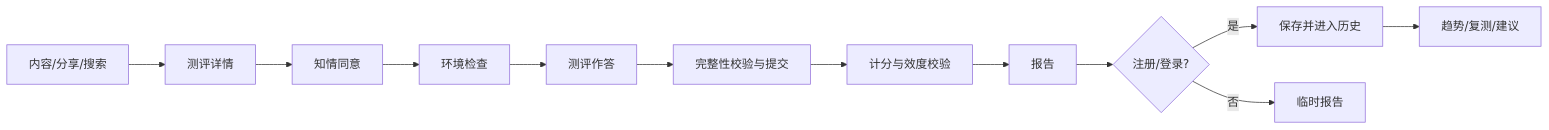
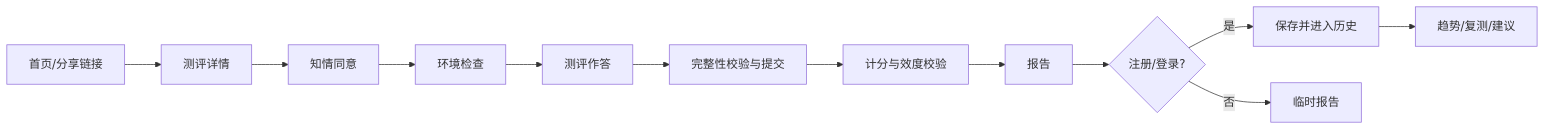
One commit to waibibabo666/MindMeter changed the diagram in docs/requirements/functional_spec.md. Above: the diagram before and after it, drawn with Mermaid. The commit also changed other lines of this file, not shown here.

````diff
--- a/docs/requirements/functional_spec.md
+++ b/docs/requirements/functional_spec.md
@@ -88,14 +87,14 @@
 ```mermaid
 flowchart LR
-  A[内容/分享/搜索] --> B[测评详情]
+  A[首页/分享链接] --> B[测评详情]
   B --> C[知情同意]
   C --> D[环境检查]
   D --> E[测评作答]
   E --> F[完整性校验与提交]
   F --> G[计分与效度校验]
   G --> H[报告]
   H --> I{注册/登录?}
   I -->|是| J[保存并进入历史]
   I -->|否| K[临时报告]
   J --> L[趋势/复测/建议]
 ```
````
